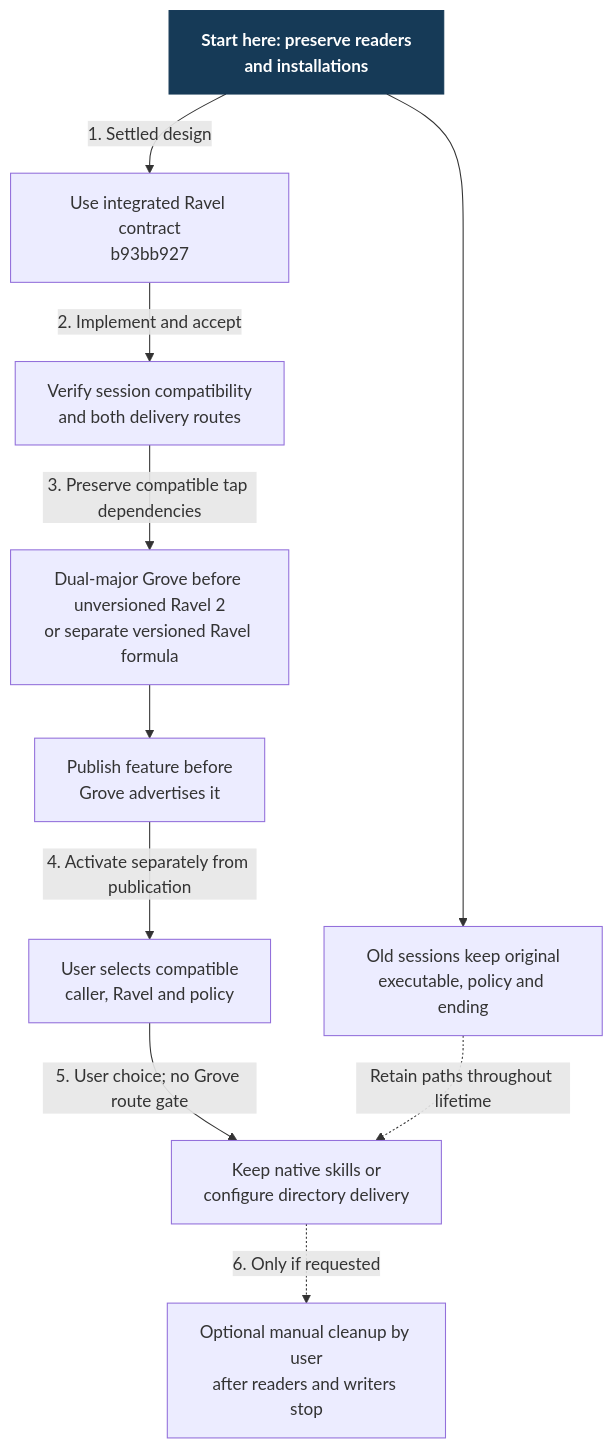
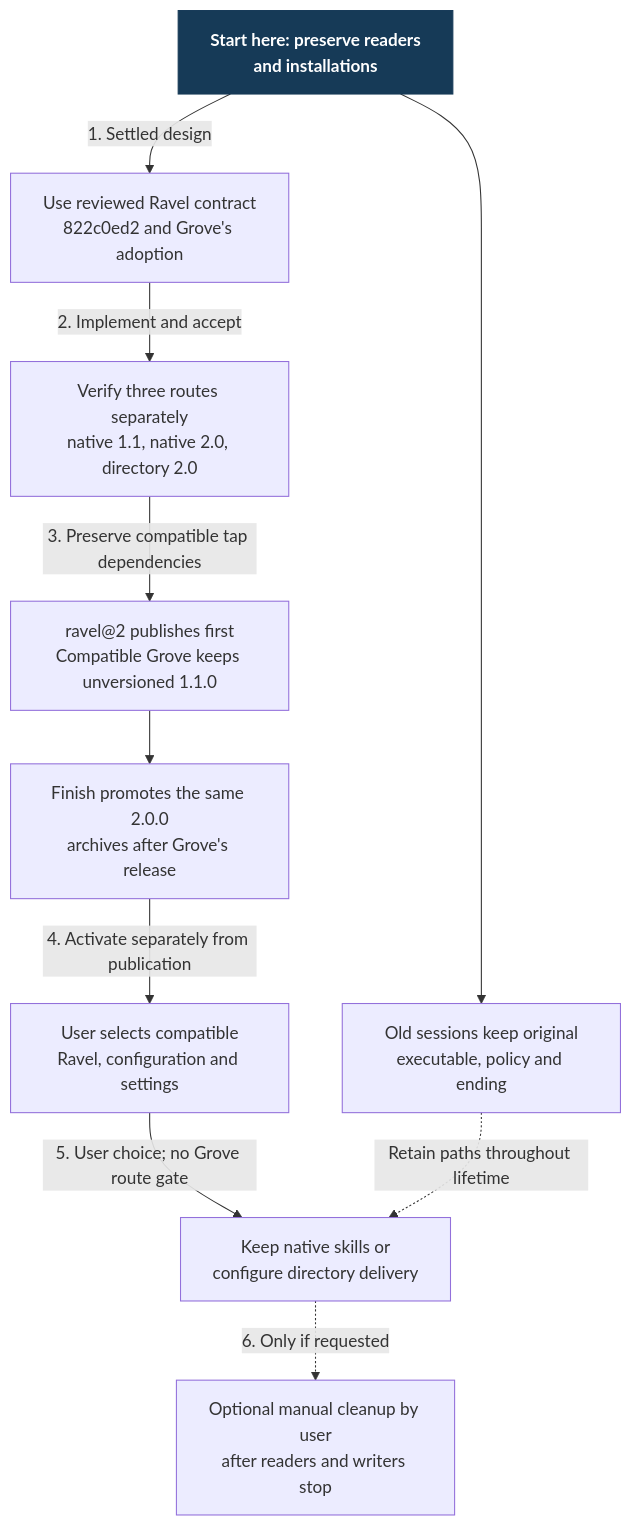
One commit to Linkuistics/grove changed the diagram in docs/design/harness-selection-and-execution/skill-transition.mmd. Above: the diagram before and after it, drawn with Mermaid. The commit also changed 25 other files, not shown here.

First line of the commit message:
Map the reviewed Rhai directory contract into Grove (grove-rhai-skill-delivery-k35)

```diff
--- a/docs/design/harness-selection-and-execution/skill-transition.mmd
+++ b/docs/design/harness-selection-and-execution/skill-transition.mmd
@@ -1,20 +1,20 @@
 flowchart TB
   Start["Start here: preserve readers<br/>and installations"]:::start
   Old["Old sessions keep original<br/>executable, policy and ending"]
-  Design["Use integrated Ravel contract<br/>b93bb927"]
-  Verify["Verify session compatibility<br/>and both delivery routes"]
-  Tap["Dual-major Grove before unversioned Ravel 2<br/>or separate versioned Ravel formula"]
-  Publish["Publish feature before<br/>Grove advertises it"]
-  Choose["User selects compatible<br/>caller, Ravel and policy"]
+  Design["Use reviewed Ravel contract<br/>822c0ed2 and Grove's adoption"]
+  Verify["Verify three routes separately<br/>native 1.1, native 2.0, directory 2.0"]
+  Tap["ravel@2 publishes first<br/>Compatible Grove keeps unversioned 1.1.0"]
+  Publish["Finish promotes the same 2.0.0<br/>archives after Grove's release"]
+  Choose["User selects compatible<br/>Ravel, configuration and settings"]
   Keep["Keep native skills or<br/>configure directory delivery"]
   Cleanup["Optional manual cleanup by user<br/>after readers and writers stop"]
   Start --> Old
   Start -->|"1. Settled design"| Design
   Design -->|"2. Implement and accept"| Verify
   Verify -->|"3. Preserve compatible tap dependencies"| Tap
   Tap --> Publish
   Publish -->|"4. Activate separately from publication"| Choose
   Choose -->|"5. User choice; no Grove route gate"| Keep
   Old -.->|"Retain paths throughout lifetime"| Keep
   Keep -.->|"6. Only if requested"| Cleanup
   classDef start fill:#163a57,color:#fff,stroke:#163a57,font-weight:bold
```
